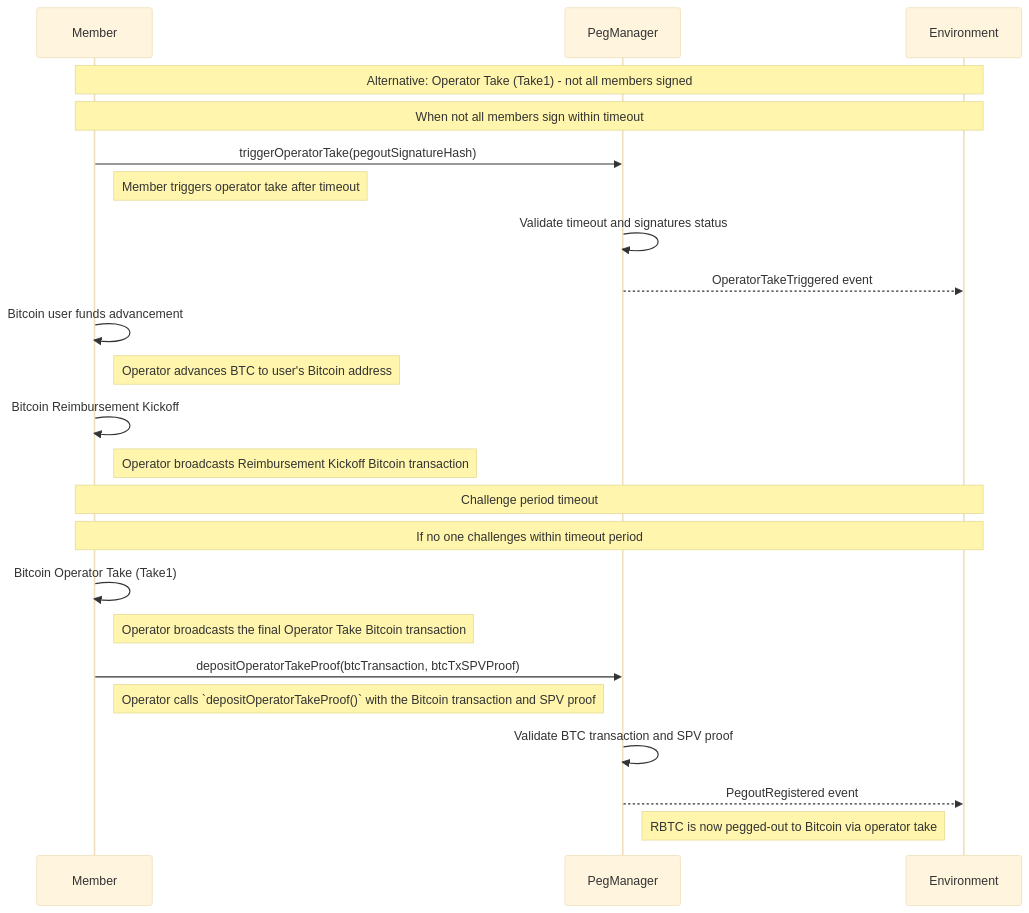
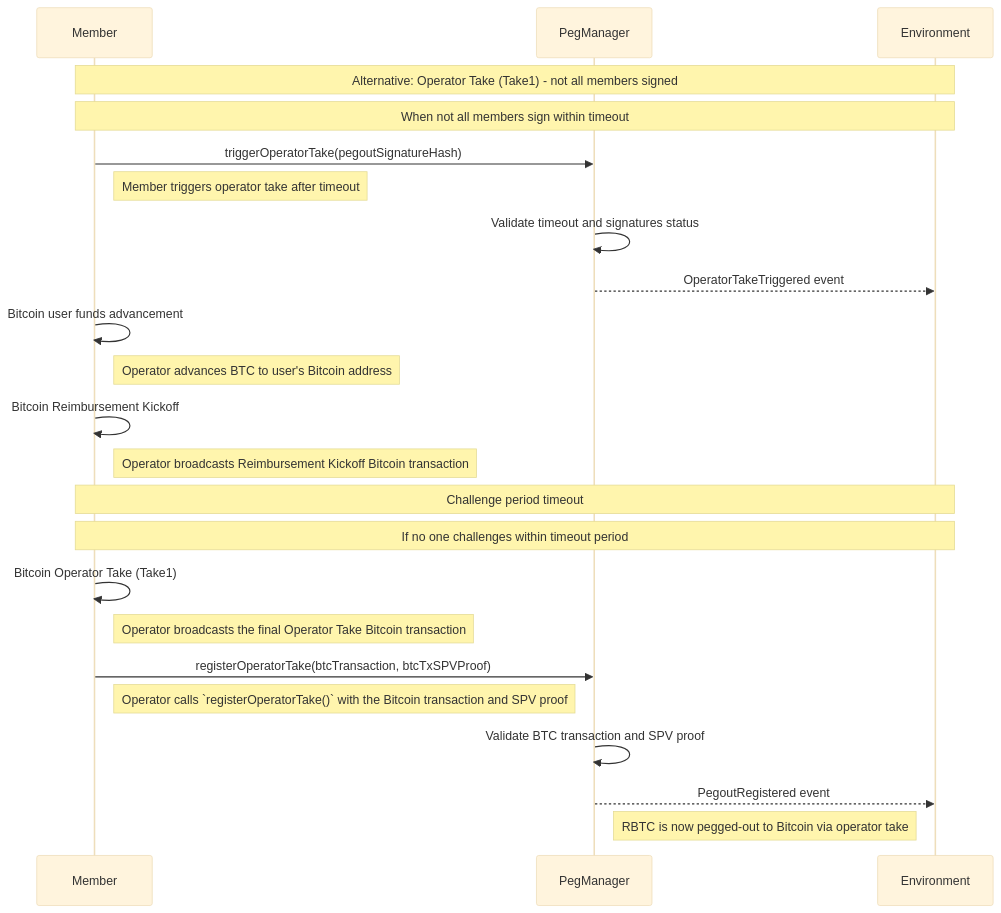
Before and after one commit to rsksmart/union-bridge-contracts: diagram 11 of 11 in README.md, drawn with Mermaid (base theme). The commit also changed other lines of this file and 3 other files, not shown here.

Commit message:
Rename depositOperatorTakeProof to registerOperatorTake

````diff
--- a/README.md
+++ b/README.md
@@ -342,32 +342,32 @@
 ```mermaid
 sequenceDiagram
     participant M as Member
     participant PM as PegManager
     participant ENV as Environment
 
     Note over M,ENV: Alternative: Operator Take (Take1) - not all members signed
     Note over M,ENV: When not all members sign within timeout
 
     M->>PM: triggerOperatorTake(pegoutSignatureHash)
     Note right of M: Member triggers operator take after timeout
     PM->>PM: Validate timeout and signatures status
     PM-->>ENV: OperatorTakeTriggered event
 
     M->>M: Bitcoin user funds advancement
     Note right of M: Operator advances BTC to user's Bitcoin address
 
     M->>M: Bitcoin Reimbursement Kickoff
     Note right of M: Operator broadcasts Reimbursement Kickoff Bitcoin transaction
 
     Note over M,ENV: Challenge period timeout
     Note over M,ENV: If no one challenges within timeout period
 
     M->>M: Bitcoin Operator Take (Take1)
     Note right of M: Operator broadcasts the final Operator Take Bitcoin transaction
 
-    M->>PM: depositOperatorTakeProof(btcTransaction, btcTxSPVProof)
-    Note right of M: Operator calls `depositOperatorTakeProof()` with the Bitcoin transaction and SPV proof
+    M->>PM: registerOperatorTake(btcTransaction, btcTxSPVProof)
+    Note right of M: Operator calls `registerOperatorTake()` with the Bitcoin transaction and SPV proof
     PM->>PM: Validate BTC transaction and SPV proof
     PM-->>ENV: PegoutRegistered event
     Note right of PM: RBTC is now pegged-out to Bitcoin via operator take
 ```
````
